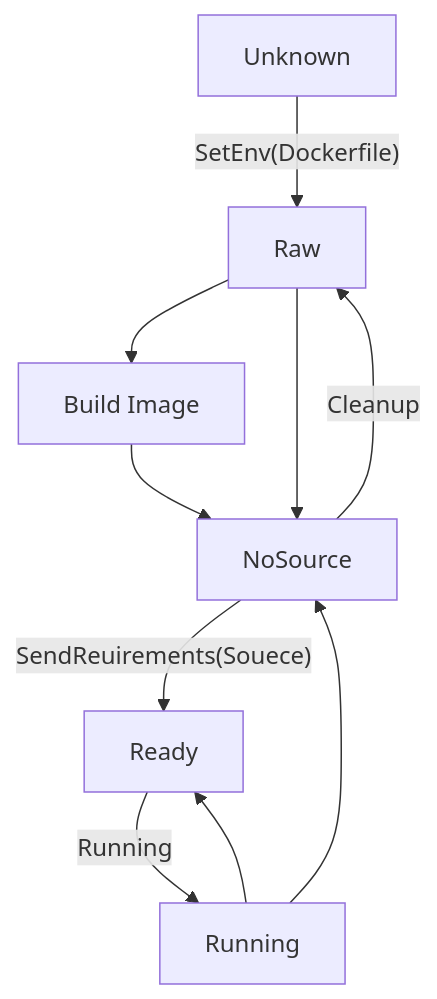
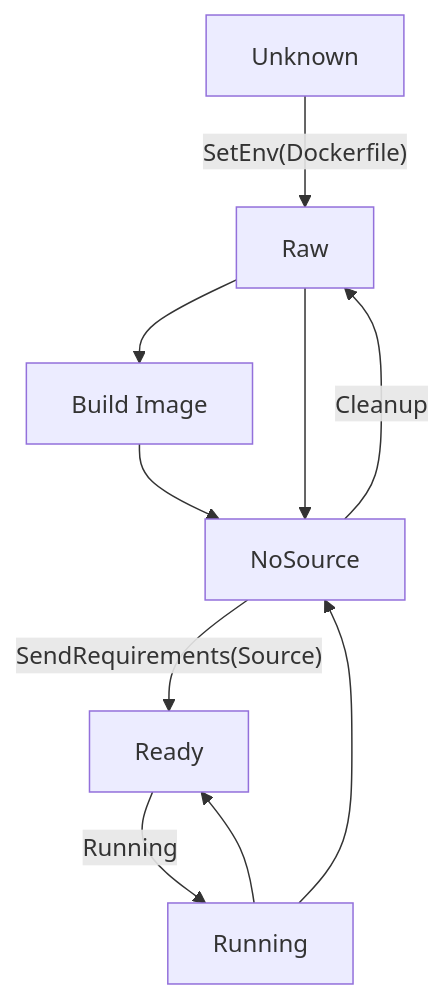
The second of 2 diagrams in docs/WORKER_DESIGN.md (Kidr1cE/Alcoj), drawn with Mermaid before and after one commit. The commit also changed other lines of this file and 19 other files, not shown here.

````diff
--- a/docs/WORKER_DESIGN.md
+++ b/docs/WORKER_DESIGN.md
@@ -28,12 +36,12 @@
 ```mermaid
 flowchart TD
     Unknown[Unknown] --SetEnv(Dockerfile)-->Raw
     Raw[Raw]--> Building[Build Image]
     Building-->NoSource[NoSource]
     Raw-->NoSource
     NoSource--Cleanup-->Raw
-    NoSource--SendReuirements(Souece)-->Ready[Ready]
+    NoSource--SendRequirements(Source)-->Ready[Ready]
     Ready--Running-->Running[Running]
     Running-->Ready
     Running-->NoSource
 ```
````
